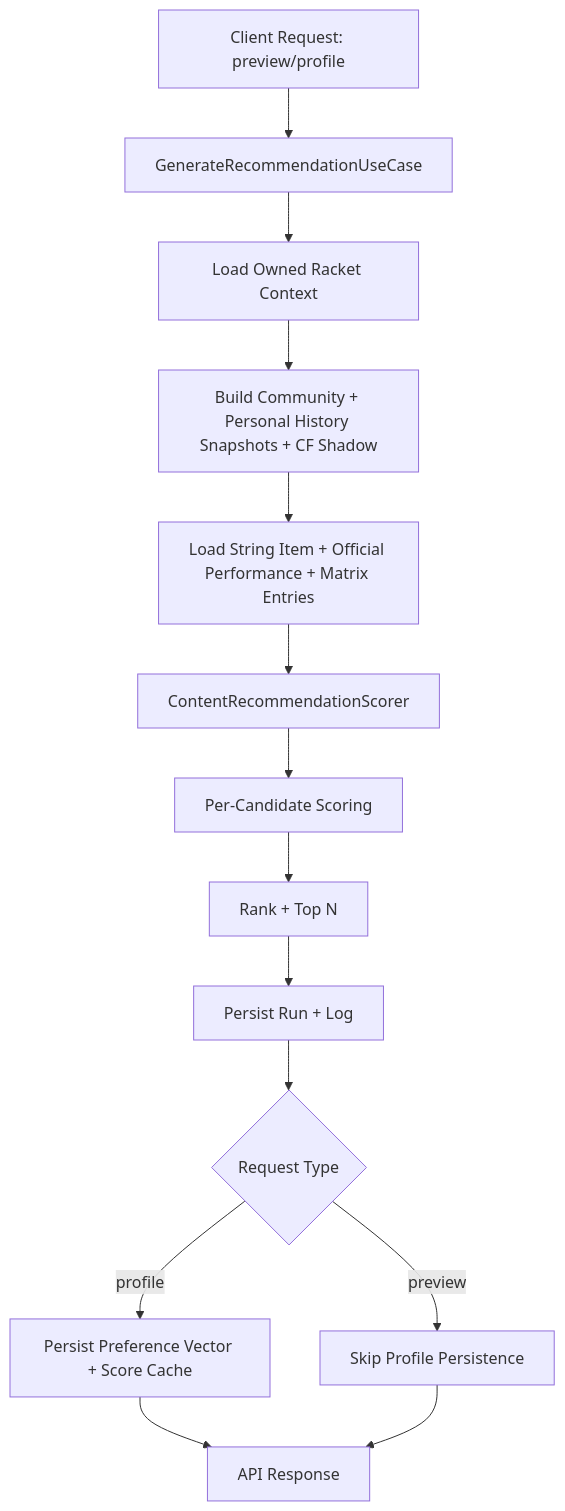
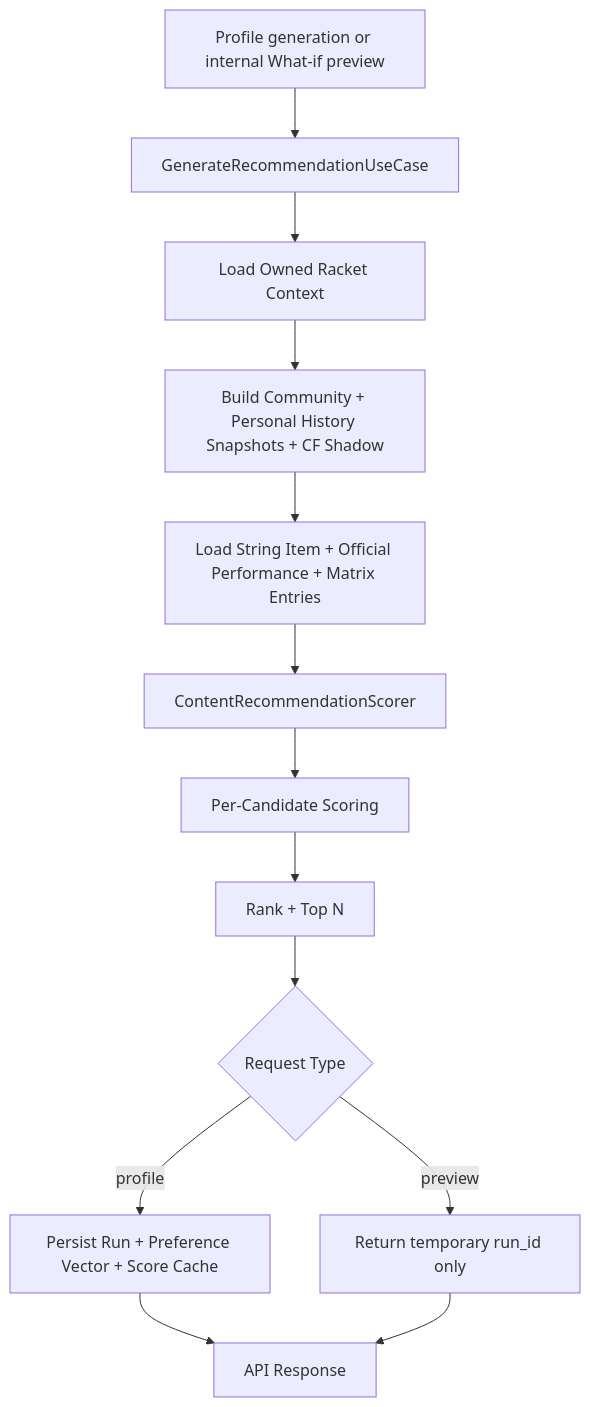
One commit to Liwei1020T/fyp_utar changed the first of 3 diagrams in backend/docs/recommendation-design.md. Above: the diagram before and after it, drawn with Mermaid. The commit also changed other lines of this file and 39 other files, not shown here.

Commit message:
chore: finalize runtime schema cleanup

````diff
--- a/backend/docs/recommendation-design.md
+++ b/backend/docs/recommendation-design.md
@@ -27,16 +27,15 @@
 ```mermaid
 flowchart TD
-    A[Client Request: preview/profile] --> B[GenerateRecommendationUseCase]
+    A[Profile generation or internal What-if preview] --> B[GenerateRecommendationUseCase]
     B --> C[Load Owned Racket Context]
     C --> D[Build Community + Personal History Snapshots + CF Shadow]
     D --> E[Load String Item + Official Performance + Matrix Entries]
     E --> F[ContentRecommendationScorer]
     F --> G[Per-Candidate Scoring]
     G --> H[Rank + Top N]
-    H --> I[Persist Run + Log]
-    I --> J{Request Type}
-    J -->|profile| K[Persist Preference Vector + Score Cache]
-    J -->|preview| L[Skip Profile Persistence]
+    H --> J{Request Type}
+    J -->|profile| K[Persist Run + Preference Vector + Score Cache]
+    J -->|preview| L[Return temporary run_id only]
     K --> M[API Response]
     L --> M
 ```
````
